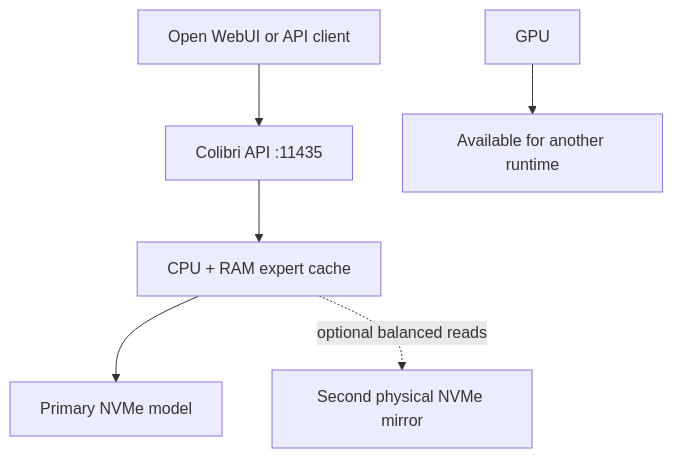
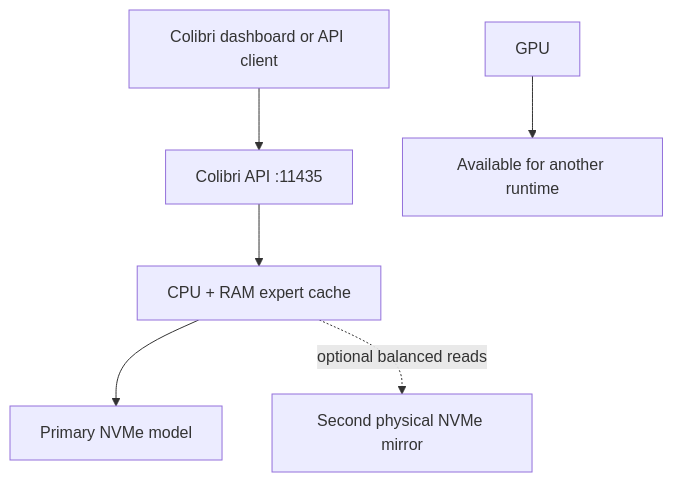
The diagram in README.md (vast-development-method/colibri-setup), drawn with Mermaid before and after one commit. The commit also changed other lines of this file, not shown here.

Commit message:
Document Colibri web as the primary path

````diff
--- a/README.md
+++ b/README.md
@@ -33,8 +33,8 @@
 ```mermaid
 flowchart TD
-    Client["Open WebUI or API client"] --> API["Colibri API :11435"]
+    Client["Colibri dashboard or API client"] --> API["Colibri API :11435"]
     API --> CPU["CPU + RAM expert cache"]
     CPU --> Primary["Primary NVMe model"]
     CPU -. "optional balanced reads" .-> Mirror["Second physical NVMe mirror"]
     GPU["GPU"] --> Other["Available for another runtime"]
 ```
````
